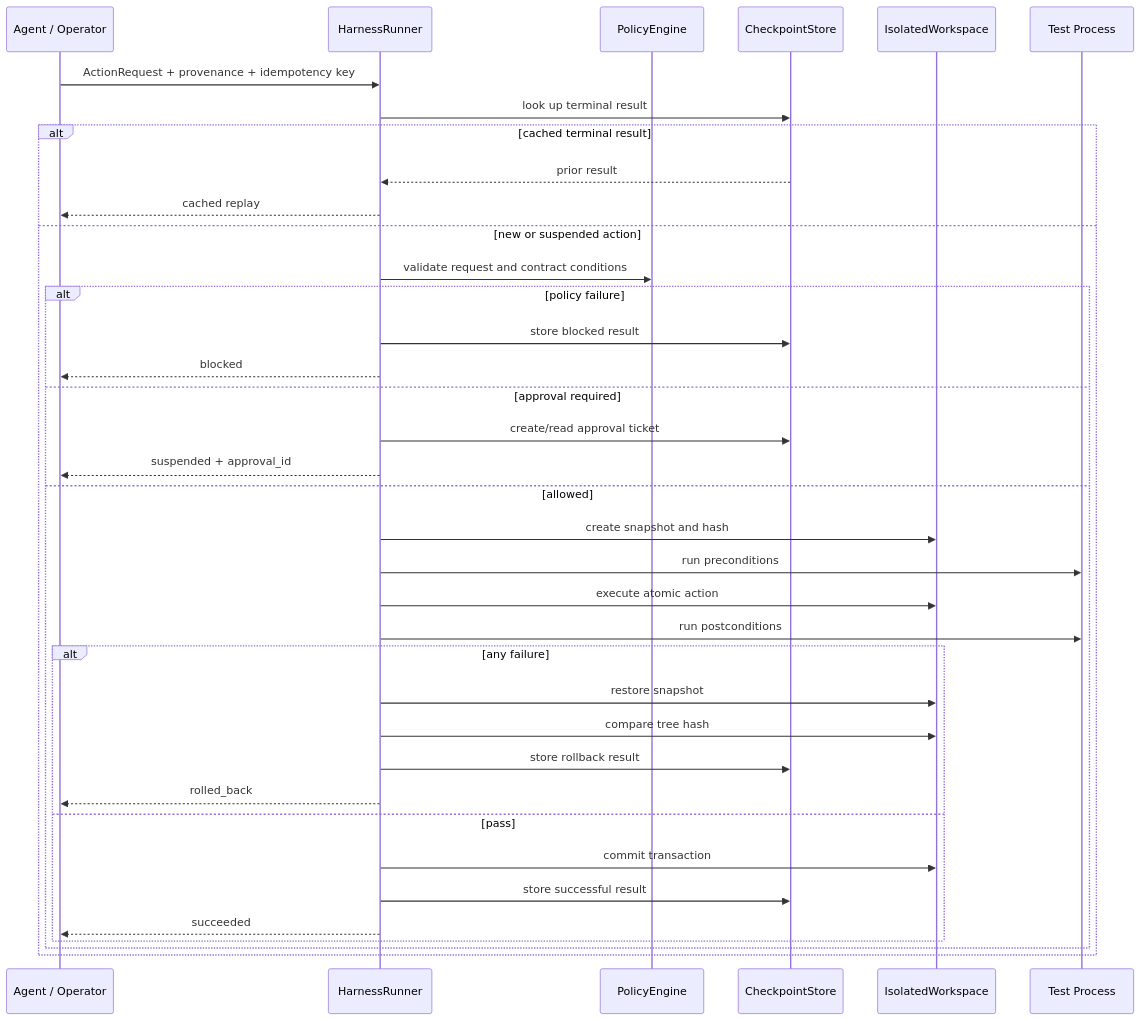
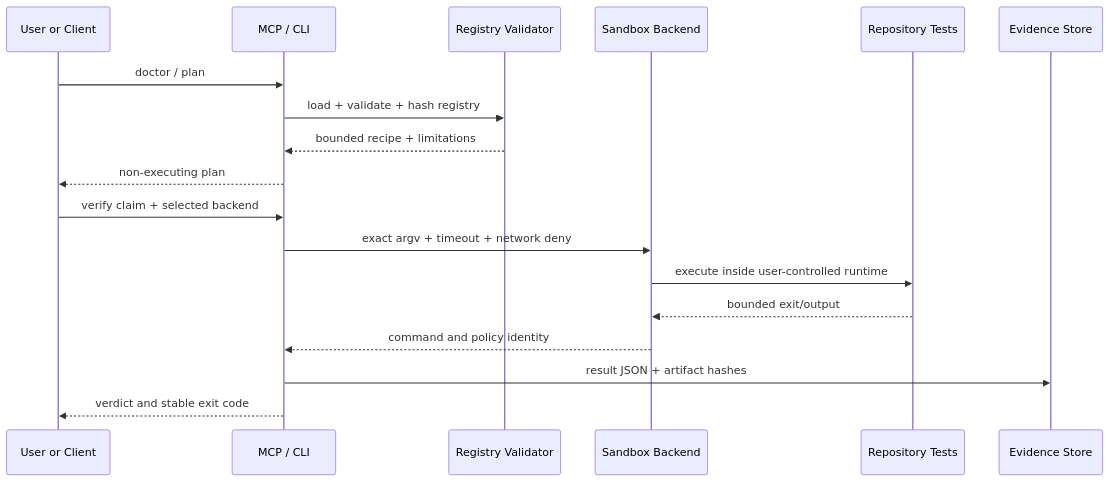
One commit to ed3c/XT-Aegis changed the fourth of 4 diagrams in docs/ARCHITECTURE.md. Above: the diagram before and after it, drawn with Mermaid. The commit also changed other lines of this file and 66 other files, not shown here.

````diff
--- a/docs/ARCHITECTURE.md
+++ b/docs/ARCHITECTURE.md
@@ -138,40 +147,21 @@
 ```mermaid
 sequenceDiagram
-    participant A as Agent / Operator
-    participant H as HarnessRunner
-    participant P as PolicyEngine
-    participant C as CheckpointStore
-    participant W as IsolatedWorkspace
-    participant T as Test Process
+    participant U as User or Client
+    participant M as MCP / CLI
+    participant R as Registry Validator
+    participant B as Sandbox Backend
+    participant T as Repository Tests
+    participant E as Evidence Store
 
-    A->>H: ActionRequest + provenance + idempotency key
-    H->>C: look up terminal result
-    alt cached terminal result
-        C-->>H: prior result
-        H-->>A: cached replay
-    else new or suspended action
-        H->>P: validate request and contract conditions
-        alt policy failure
-            H->>C: store blocked result
-            H-->>A: blocked
-        else approval required
-            H->>C: create/read approval ticket
-            H-->>A: suspended + approval_id
-        else allowed
-            H->>W: create snapshot and hash
-            H->>T: run preconditions
-            H->>W: execute atomic action
-            H->>T: run postconditions
-            alt any failure
-                H->>W: restore snapshot
-                H->>W: compare tree hash
-                H->>C: store rollback result
-                H-->>A: rolled_back
-            else pass
-                H->>W: commit transaction
-                H->>C: store successful result
-                H-->>A: succeeded
-            end
-        end
-    end
+    U->>M: doctor / plan
+    M->>R: load + validate + hash registry
+    R-->>M: bounded recipe + limitations
+    M-->>U: non-executing plan
+    U->>M: verify claim + selected backend
+    M->>B: exact argv + timeout + network deny
+    B->>T: execute inside user-controlled runtime
+    T-->>B: bounded exit/output
+    B-->>M: command and policy identity
+    M->>E: result JSON + artifact hashes
+    M-->>U: verdict and stable exit code
 ```
````
